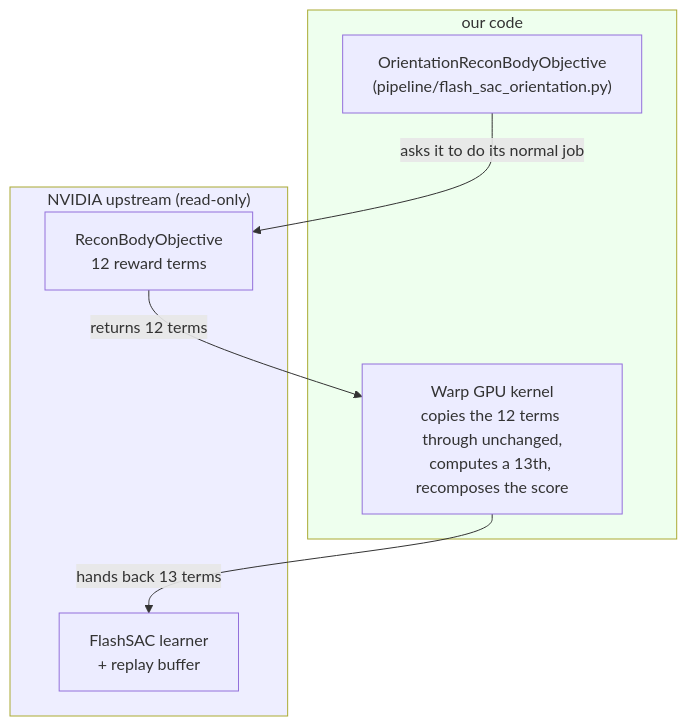
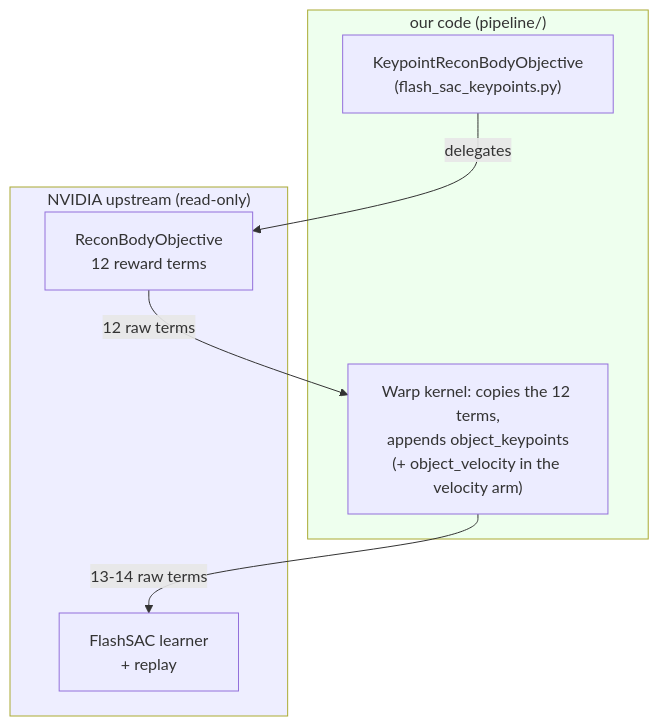
Before and after one commit to ibrahim-1811/v2d-track2-robotic-grounding: the fourth of 6 diagrams in docs/architecture/ARCHITECTURE.md, drawn with Mermaid. The commit also changed other lines of this file and 53 other files, not shown here.

First line of the commit message:
Clean repo: one README with every command, current architecture and code map

````diff
--- a/docs/architecture/ARCHITECTURE.md
+++ b/docs/architecture/ARCHITECTURE.md
@@ -105,16 +123,16 @@
 ```mermaid
 flowchart TB
-    subgraph OURS["our code"]
-        W["OrientationReconBodyObjective<br/>(pipeline/flash_sac_orientation.py)"]
-        K["Warp GPU kernel<br/>copies the 12 terms through unchanged,<br/>computes a 13th, recomposes the score"]
+    subgraph OURS["our code (pipeline/)"]
+        W["KeypointReconBodyObjective<br/>(flash_sac_keypoints.py)"]
+        K["Warp kernel: copies the 12 terms,<br/>appends object_keypoints<br/>(+ object_velocity in the velocity arm)"]
     end
     subgraph NV["NVIDIA upstream (read-only)"]
         O["ReconBodyObjective<br/>12 reward terms"]
-        L["FlashSAC learner<br/>+ replay buffer"]
+        L["FlashSAC learner<br/>+ replay"]
     end
-    W -- "asks it to do its normal job" --> O
-    O -- "returns 12 terms" --> K
-    K -- "hands back 13 terms" --> L
+    W -- "delegates" --> O
+    O -- "12 raw terms" --> K
+    K -- "13-14 raw terms" --> L
     style NV fill:#eef
     style OURS fill:#efe
 ```
````
